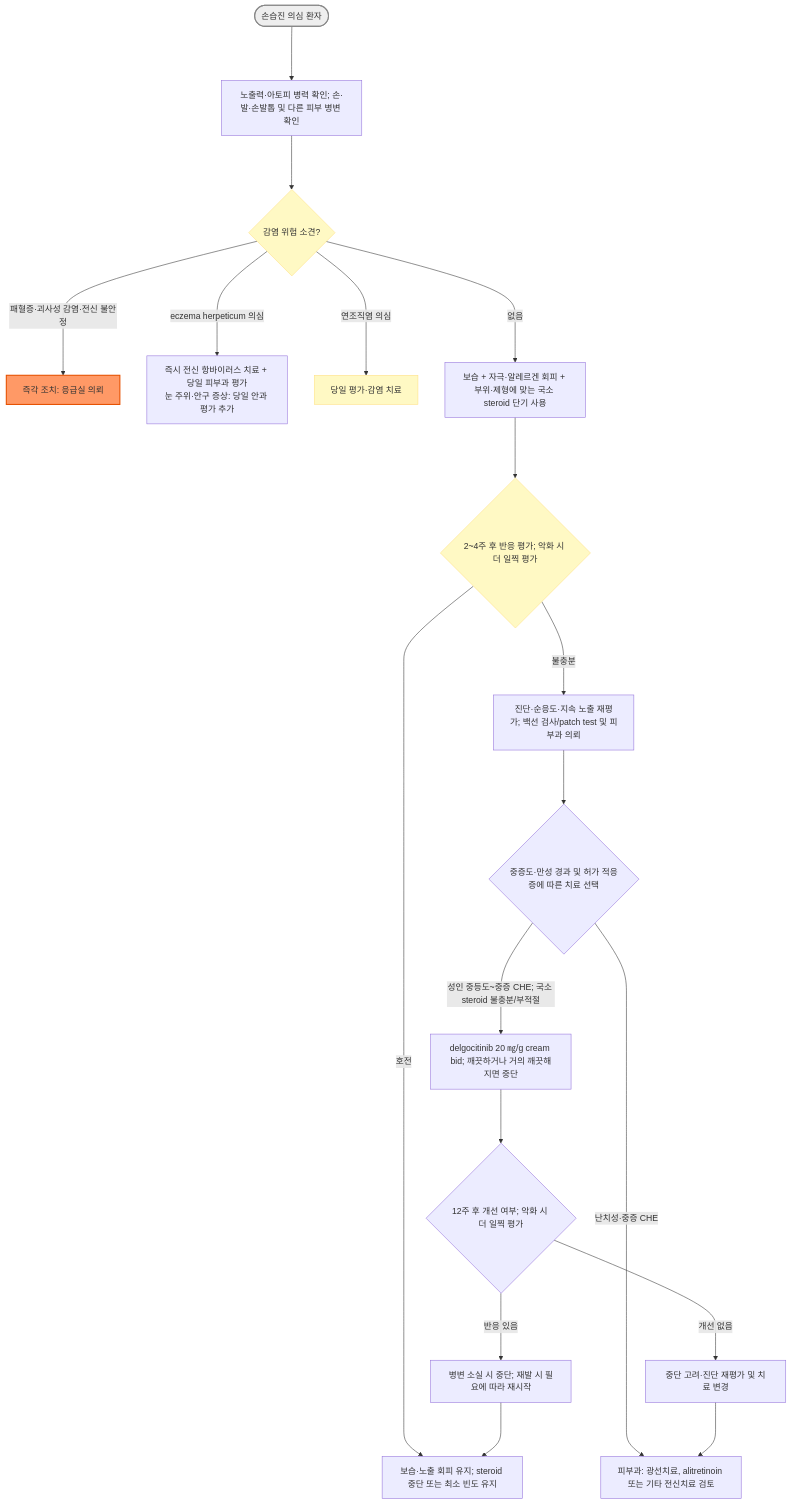
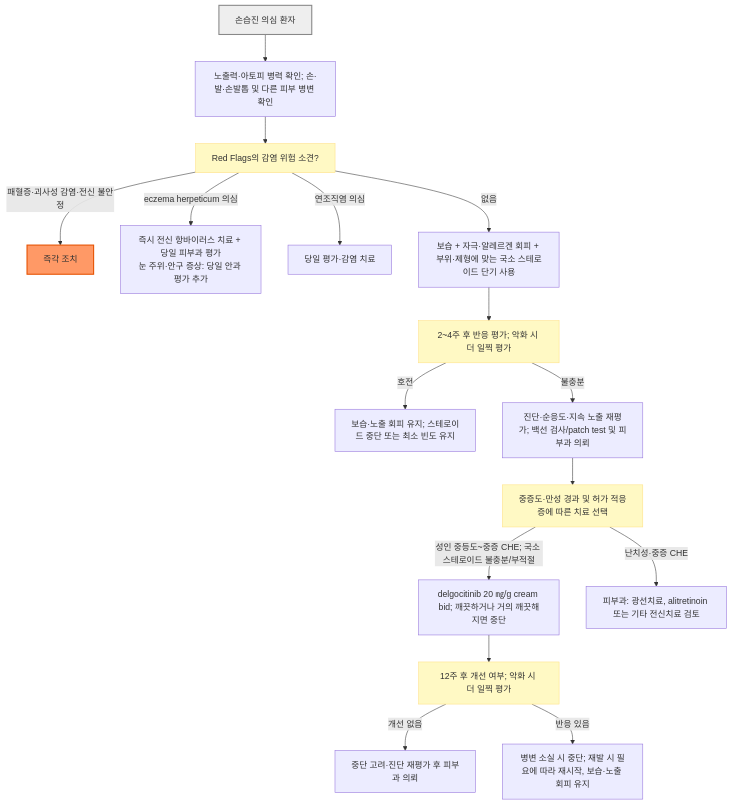
The diagram in 229_/159_-eczema.md (familyoh77/familyoh77), drawn with Mermaid before and after one commit. The commit also changed other lines of this file and 16 other files, not shown here.

````diff
--- a/229_/159_-eczema.md
+++ b/229_/159_-eczema.md
@@ -81,26 +81,23 @@
 ```mermaid
-graph TD
-    Start(["손습진 의심 환자"]) ---> Hx["노출력·아토피 병력 확인; 손·발·손발톱 및 다른 피부 병변 확인"]
-    Hx ---> Infection{"감염 위험 소견?"}
-    Infection --->|"패혈증·괴사성 감염·전신 불안정"| Emergency["즉각 조치: 응급실 의뢰"]
-    Infection --->|"eczema herpeticum 의심"| Herpes["즉시 전신 항바이러스 치료 + 당일 피부과 평가<br/>눈 주위·안구 증상: 당일 안과 평가 추가"]
-    Infection --->|"연조직염 의심"| SameDay["당일 평가·감염 치료"]
-    Infection --->|"없음"| FirstLine["보습 + 자극·알레르겐 회피 + 부위·제형에 맞는 국소 steroid 단기 사용"]
-    FirstLine ---> Reassess{"2~4주 후 반응 평가; 악화 시 더 일찍 평가"}
-    Reassess --->|"호전"| Maintain["보습·노출 회피 유지; steroid 중단 또는 최소 빈도 유지"]
-    Reassess --->|"불충분"| Review["진단·순응도·지속 노출 재평가; 백선 검사/patch test 및 피부과 의뢰"]
-    Review ---> Options{"중증도·만성 경과 및 허가 적응증에 따른 치료 선택"}
-    Options --->|"성인 중등도~중증 CHE; 국소 steroid 불충분/부적절"| Delgo["delgocitinib 20 ㎎/g cream bid; 깨끗하거나 거의 깨끗해지면 중단"]
-    Options --->|"난치성·중증 CHE"| Specialist["피부과: 광선치료, alitretinoin 또는 기타 전신치료 검토"]
-    Delgo ---> Response{"12주 후 개선 여부; 악화 시 더 일찍 평가"}
-    Response --->|"개선 없음"| Stop["중단 고려·진단 재평가 및 치료 변경"]
-    Stop ---> Specialist
-    Response --->|"반응 있음"| Control["병변 소실 시 중단; 재발 시 필요에 따라 재시작"]
-    Control ---> Maintain
+flowchart TD
+    Start["손습진 의심 환자"] --> Hx["노출력·아토피 병력 확인; 손·발·손발톱 및 다른 피부 병변 확인"]
+    Hx --> Infection["Red Flags의 감염 위험 소견?"]
+    Infection -- "패혈증·괴사성 감염·전신 불안정" --> Emergency["즉각 조치"]
+    Infection -- "eczema herpeticum 의심" --> Herpes["즉시 전신 항바이러스 치료 + 당일 피부과 평가<br/>눈 주위·안구 증상: 당일 안과 평가 추가"]
+    Infection -- "연조직염 의심" --> SameDay["당일 평가·감염 치료"]
+    Infection -- "없음" --> FirstLine["보습 + 자극·알레르겐 회피 + 부위·제형에 맞는 국소 스테로이드 단기 사용"]
+    FirstLine --> Reassess["2~4주 후 반응 평가; 악화 시 더 일찍 평가"]
+    Reassess -- "호전" --> Maintain["보습·노출 회피 유지; 스테로이드 중단 또는 최소 빈도 유지"]
+    Reassess -- "불충분" --> Review["진단·순응도·지속 노출 재평가; 백선 검사/patch test 및 피부과 의뢰"]
+    Review --> Options["중증도·만성 경과 및 허가 적응증에 따른 치료 선택"]
+    Options -- "성인 중등도~중증 CHE; 국소 스테로이드 불충분/부적절" --> Delgo["delgocitinib 20 ㎎/g cream bid; 깨끗하거나 거의 깨끗해지면 중단"]
+    Options -- "난치성·중증 CHE" --> Specialist["피부과: 광선치료, alitretinoin 또는 기타 전신치료 검토"]
+    Delgo --> Response["12주 후 개선 여부; 악화 시 더 일찍 평가"]
+    Response -- "개선 없음" --> Stop["중단 고려·진단 재평가 후 피부과 의뢰"]
+    Response -- "반응 있음" --> Control["병변 소실 시 중단; 재발 시 필요에 따라 재시작, 보습·노출 회피 유지"]
 
+    classDef question fill:#fff9c4,stroke:#ffe082
+    class Infection,Reassess,Options,Response question
     style Start fill:#eeeeee,stroke:#888888,stroke-width:2px
-    style Infection fill:#fff9c4,stroke:#ffe082
-    style Reassess fill:#fff9c4,stroke:#ffe082
     style Emergency fill:#f96,stroke:#e65100,stroke-width:2px
-    style SameDay fill:#fff9c4,stroke:#ffe082
 ```
````
